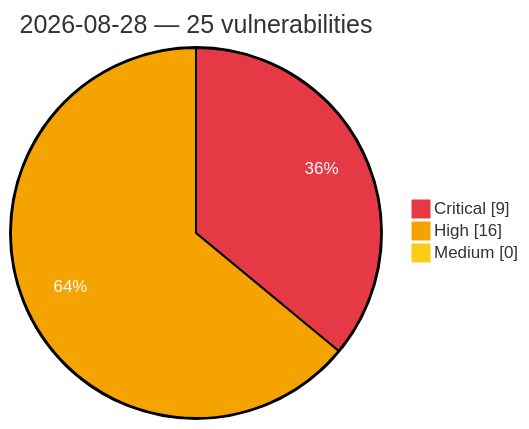
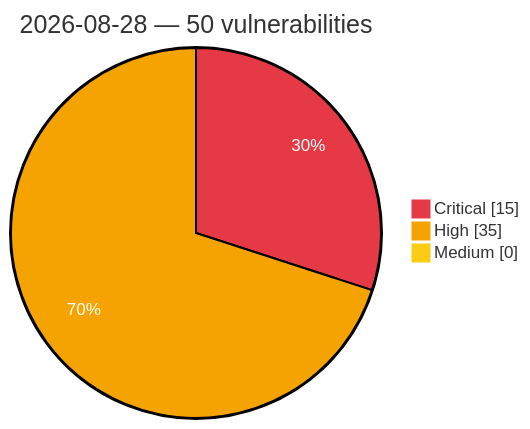
One commit to GhostX0X/vuln-tracker changed the diagram in vulnerabilities/2026/August/2026-08-28.md. Above: the diagram before and after it, drawn with Mermaid. The commit also changed other lines of this file and 5 other files, not shown here.

Commit message:
Auto update: critical/high vulns (2026-08-28 19:14 UTC)

````diff
--- a/vulnerabilities/2026/August/2026-08-28.md
+++ b/vulnerabilities/2026/August/2026-08-28.md
@@ -3,8 +3,8 @@
 ```mermaid
 %%{init: {'theme':'base', 'themeVariables': {'pie1':'#e63946', 'pie2':'#f4a300', 'pie3':'#facc15', 'pieOpacity':'1', 'pieOuterStrokeWidth':'2px', 'pieSectionTextColor':'#ffffff'}}}%%
 pie showData
-    title 2026-08-28 — 25 vulnerabilities
-    "Critical" : 9
-    "High" : 16
+    title 2026-08-28 — 50 vulnerabilities
+    "Critical" : 15
+    "High" : 35
     "Medium" : 0
 ```
````
